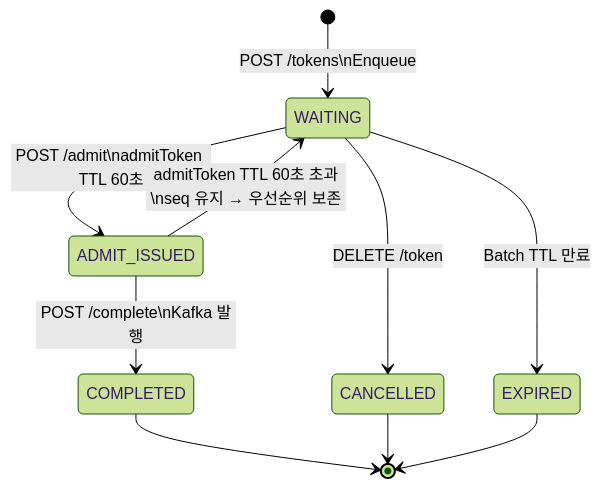
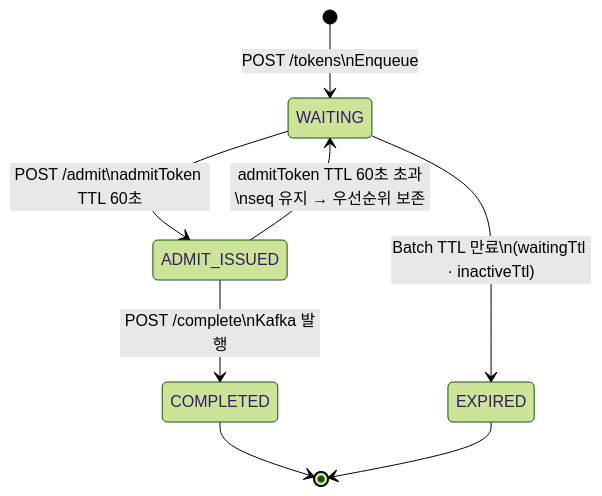
The third of 4 diagrams in README.md (S-Onix/queue-platform), drawn with Mermaid (forest theme) before and after one commit. The commit also changed other lines of this file and 7 other files, not shown here.

First line of the commit message:
docs(cancel): Cancel API를 폐기하고 이탈을 inactiveTtl 하나로 일원화한다 (§82)

````diff
--- a/README.md
+++ b/README.md
@@ -175,12 +175,10 @@
 ```mermaid
 stateDiagram-v2
     [*] --> WAITING : POST /tokens\nEnqueue
     WAITING --> ADMIT_ISSUED : POST /admit\nadmitToken TTL 60초
     ADMIT_ISSUED --> COMPLETED : POST /complete\nKafka 발행
     ADMIT_ISSUED --> WAITING : admitToken TTL 60초 초과\nseq 유지 → 우선순위 보존
-    WAITING --> CANCELLED : DELETE /token
-    WAITING --> EXPIRED : Batch TTL 만료
+    WAITING --> EXPIRED : Batch TTL 만료\n(waitingTtl · inactiveTtl)
     COMPLETED --> [*]
-    CANCELLED --> [*]
     EXPIRED --> [*]
 ```
````
